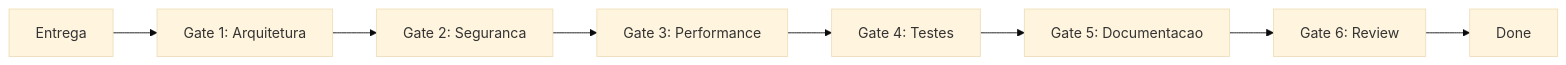
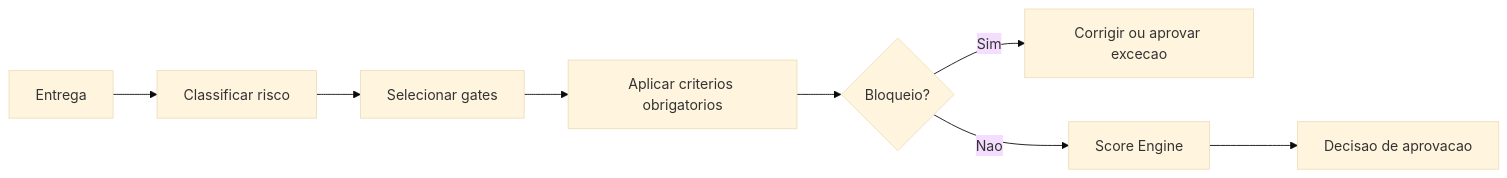
The diagram in quality-gates/README.md (thyags/method-ceip), drawn with Mermaid (base theme) before and after one commit. The commit also changed other lines of this file and 181 other files, not shown here.

````diff
--- a/quality-gates/README.md
+++ b/quality-gates/README.md
@@ -29,10 +36,10 @@
 ```mermaid
 flowchart LR
-    A["Entrega"] --> B["Gate 1: Arquitetura"]
-    B --> C["Gate 2: Seguranca"]
-    C --> D["Gate 3: Performance"]
-    D --> E["Gate 4: Testes"]
-    E --> F["Gate 5: Documentacao"]
-    F --> G["Gate 6: Review"]
-    G --> H["Done"]
+    A["Entrega"] --> B["Classificar risco"]
+    B --> C["Selecionar gates"]
+    C --> D["Aplicar criterios obrigatorios"]
+    D --> E{"Bloqueio?"}
+    E -->|Sim| F["Corrigir ou aprovar excecao"]
+    E -->|Nao| G["Score Engine"]
+    G --> H["Decisao de aprovacao"]
 ```
````
